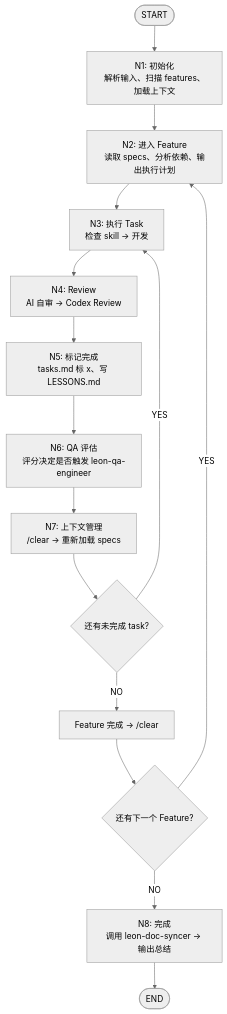
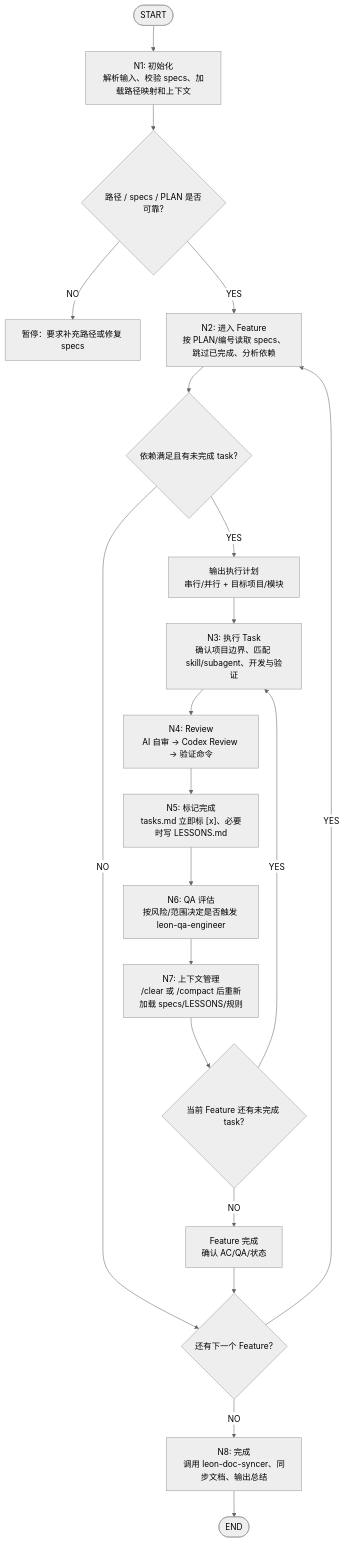
The diagram in commands/leon:ai.md (Leon4868/.claude), drawn with Mermaid (neutral theme) before and after one commit. The commit also changed other lines of this file and 414 other files, not shown here.

Commit message:
更新流程图

````diff
--- a/commands/leon:ai.md
+++ b/commands/leon:ai.md
@@ -38,35 +62,40 @@
 ```mermaid
 flowchart TD
     START([START]) --> N1
 
-    N1["N1: 初始化\n解析输入、扫描 features、加载上下文"]
-    N1 --> N2
+    N1["N1: 初始化\n解析输入、校验 specs、加载路径映射和上下文"]
+    N1 --> PRECHECK{路径 / specs / PLAN 是否可靠?}
+    PRECHECK -->|NO| PAUSE["暂停：要求补充路径或修复 specs"]
+    PRECHECK -->|YES| N2
 
-    N2["N2: 进入 Feature\n读取 specs、分析依赖、输出执行计划"]
-    N2 --> N3
+    N2["N2: 进入 Feature\n按 PLAN/编号读取 specs、跳过已完成、分析依赖"]
+    N2 --> FEATURE_READY{依赖满足且有未完成 task?}
+    FEATURE_READY -->|NO| NEXT_FEATURE{还有下一个 Feature?}
+    FEATURE_READY -->|YES| PLAN["输出执行计划\n串行/并行 + 目标项目/模块"]
+    PLAN --> N3
 
-    N3["N3: 执行 Task\n检查 skill → 开发"]
+    N3["N3: 执行 Task\n确认项目边界、匹配 skill/subagent、开发与验证"]
     N3 --> N4
 
-    N4["N4: Review\nAI 自审 → Codex Review"]
+    N4["N4: Review\nAI 自审 → Codex Review → 验证命令"]
     N4 --> N5
 
-    N5["N5: 标记完成\ntasks.md 标 x、写 LESSONS.md"]
+    N5["N5: 标记完成\ntasks.md 立即标 [x]、必要时写 LESSONS.md"]
     N5 --> N6
 
-    N6["N6: QA 评估\n评分决定是否触发 leon-qa-engineer"]
+    N6["N6: QA 评估\n按风险/范围决定是否触发 leon-qa-engineer"]
     N6 --> N7
 
-    N7["N7: 上下文管理\n/clear → 重新加载 specs"]
-    N7 --> MORE_TASK{还有未完成 task?}
+    N7["N7: 上下文管理\n/clear 或 /compact 后重新加载 specs/LESSONS/规则"]
+    N7 --> MORE_TASK{当前 Feature 还有未完成 task?}
 
     MORE_TASK -->|YES| N3
-    MORE_TASK -->|NO| FEATURE_DONE[Feature 完成 → /clear]
+    MORE_TASK -->|NO| FEATURE_DONE["Feature 完成\n确认 AC/QA/状态"]
 
-    FEATURE_DONE --> MORE_FEATURE{还有下一个 Feature?}
-    MORE_FEATURE -->|YES| N2
-    MORE_FEATURE -->|NO| N8
+    FEATURE_DONE --> NEXT_FEATURE
+    NEXT_FEATURE -->|YES| N2
+    NEXT_FEATURE -->|NO| N8
 
-    N8["N8: 完成\n调用 leon-doc-syncer → 输出总结"]
+    N8["N8: 完成\n调用 leon-doc-syncer、同步文档、输出总结"]
     N8 --> END([END])
 ```
````
